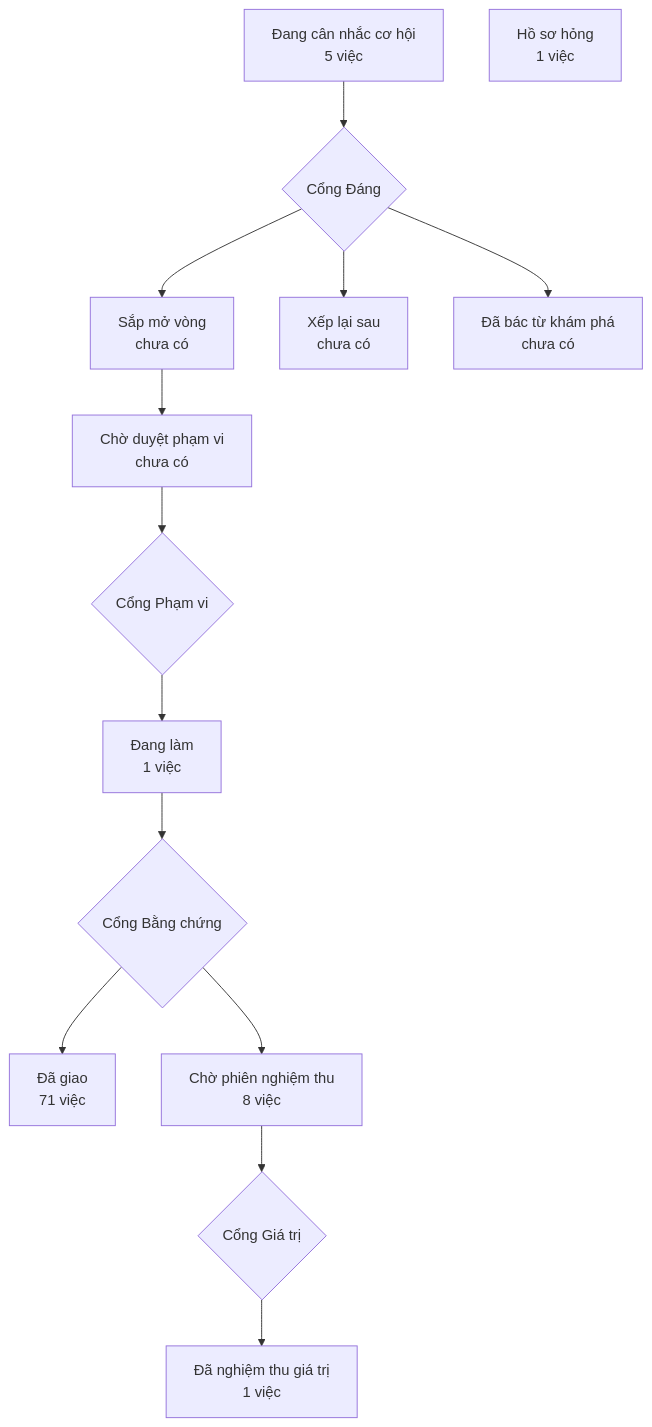
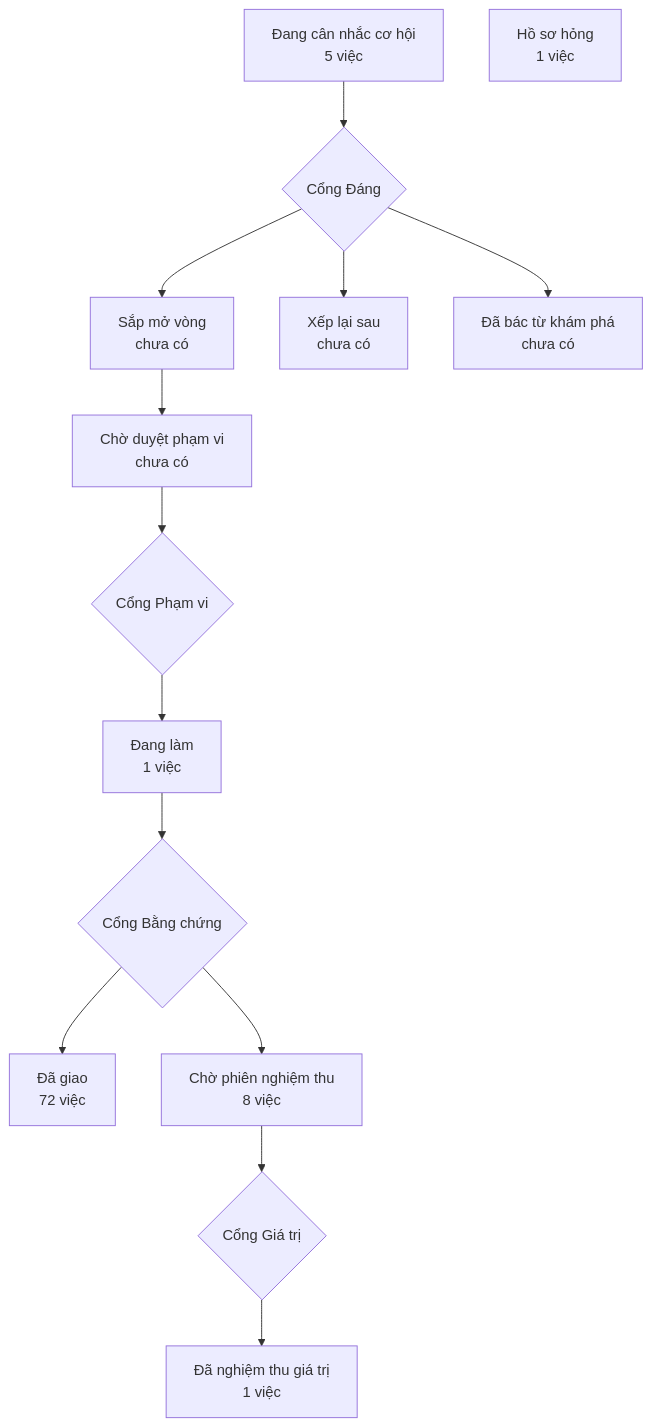
Before and after one commit to phanlemanh/crm-onehub: the diagram in PRODUCT-MAP.md, drawn with Mermaid.

Commit message:
chore: vẽ lại PRODUCT-MAP.md sau khi gộp onehub

````diff
--- a/PRODUCT-MAP.md
+++ b/PRODUCT-MAP.md
@@ -6,13 +6,13 @@
 ```mermaid
 flowchart TD
   A["Đang cân nhắc cơ hội<br/>5 việc"] --> GD{"Cổng Đáng"}
   GD --> B["Sắp mở vòng<br/>chưa có"]
   GD --> XL["Xếp lại sau<br/>chưa có"]
   GD --> DB["Đã bác từ khám phá<br/>chưa có"]
   B --> CD["Chờ duyệt phạm vi<br/>chưa có"] --> GP{"Cổng Phạm vi"}
   GP --> DL["Đang làm<br/>1 việc"] --> GB{"Cổng Bằng chứng"}
-  GB --> DG["Đã giao<br/>71 việc"]
+  GB --> DG["Đã giao<br/>72 việc"]
   GB --> CN["Chờ phiên nghiệm thu<br/>8 việc"] --> GG{"Cổng Giá trị"}
   GG --> NT["Đã nghiệm thu giá trị<br/>1 việc"]
   HS["Hồ sơ hỏng<br/>1 việc"]
 ```
````
